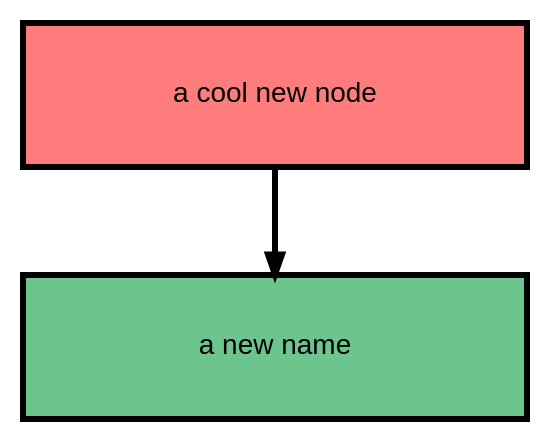
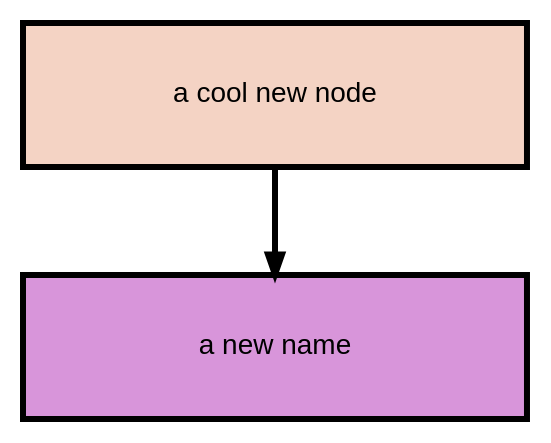
The diagram in examples/readme_example_1.presentation.dot (stevecooperorg/microdot), drawn with Graphviz before and after one commit. The commit also changed 8 other files, not shown here.

```diff
--- a/examples/readme_example_1.presentation.dot
+++ b/examples/readme_example_1.presentation.dot
@@ -1,12 +1,12 @@
 digraph {
 
     graph [fontname = "helvetica" rankdir=TB ranksep=0.75 nodesep=0.5];
     node [fontname = "helvetica" style="filled" shape=box height=1 width=3.5 penwidth=3];
     edge [fontname = "helvetica" penwidth=3 color="#000"];
 
-    "n0" [label="a cool new node" fillcolor="#FF7C7C" color="#000" fontcolor="#000"]
-    "n1" [label="a new name" fillcolor="#6BC58C" color="#000" fontcolor="#000"]
+    "n0" [label="a cool new node" fillcolor="#F4D3C4" color="#000" fontcolor="#000"]
+    "n1" [label="a new name" fillcolor="#D895DA" color="#000" fontcolor="#000"]
 
     "n0" -> "n1";
 
 }
```
